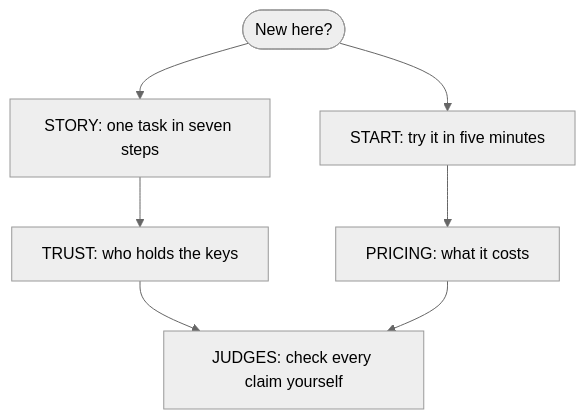
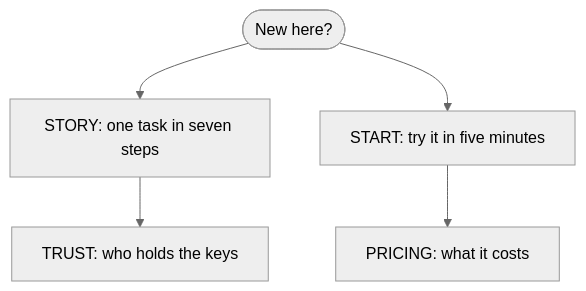
Before and after one commit to Lucho-design1/Knos: the diagram in docs/README.md, drawn with Mermaid (neutral theme). The commit also changed other lines of this file and 449 other files, not shown here.

````diff
--- a/docs/README.md
+++ b/docs/README.md
@@ -9,15 +9,12 @@
 ```mermaid
 flowchart TB
     new(["New here?"])
     story["STORY: one task in seven steps"]
     start["START: try it in five minutes"]
     cost["PRICING: what it costs"]
     trust["TRUST: who holds the keys"]
-    check["JUDGES: check every claim yourself"]
     new --> story
     new --> start
     story --> trust
     start --> cost
-    trust --> check
-    cost --> check
 ```
````
